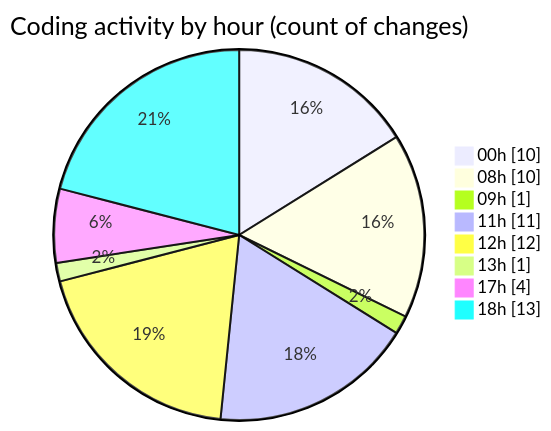
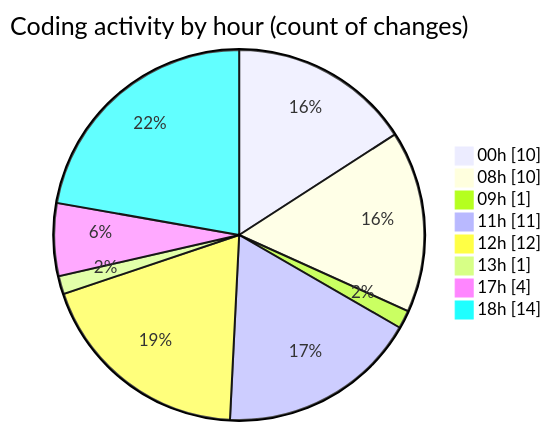
Before and after one commit to nxtqubesakshisongat/code-tracking: the second of 2 diagrams in 2026-01-20/nxtqube_webapp/README.md, drawn with Mermaid. The commit also changed other lines of this file and 1 other file, not shown here.

````diff
--- a/2026-01-20/nxtqube_webapp/README.md
+++ b/2026-01-20/nxtqube_webapp/README.md
@@ -36,12 +36,12 @@
 ```mermaid
 pie showData
 title Coding activity by hour (count of changes)
 "00h" : 10
 "08h" : 10
 "09h" : 1
 "11h" : 11
 "12h" : 12
 "13h" : 1
 "17h" : 4
-"18h" : 13
+"18h" : 14
 ```
````
